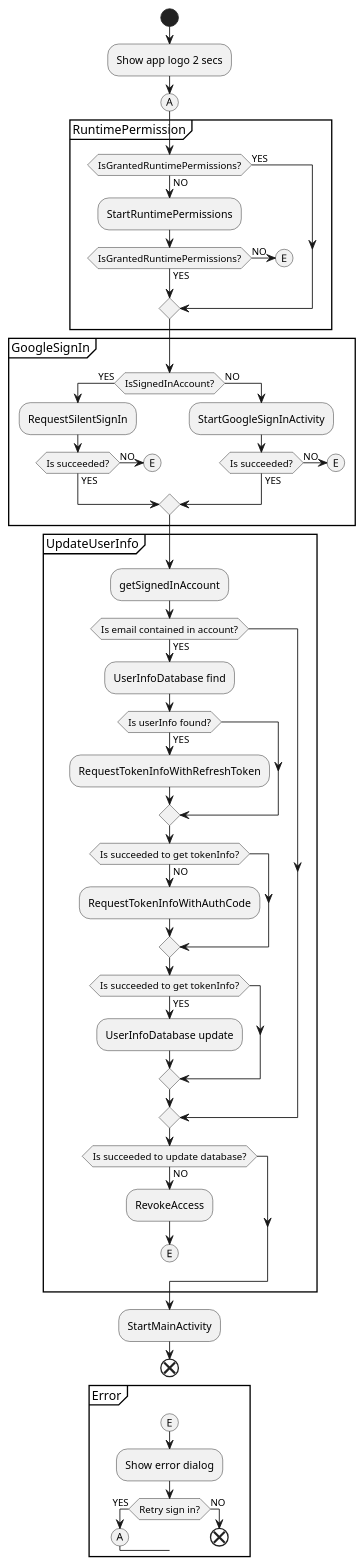
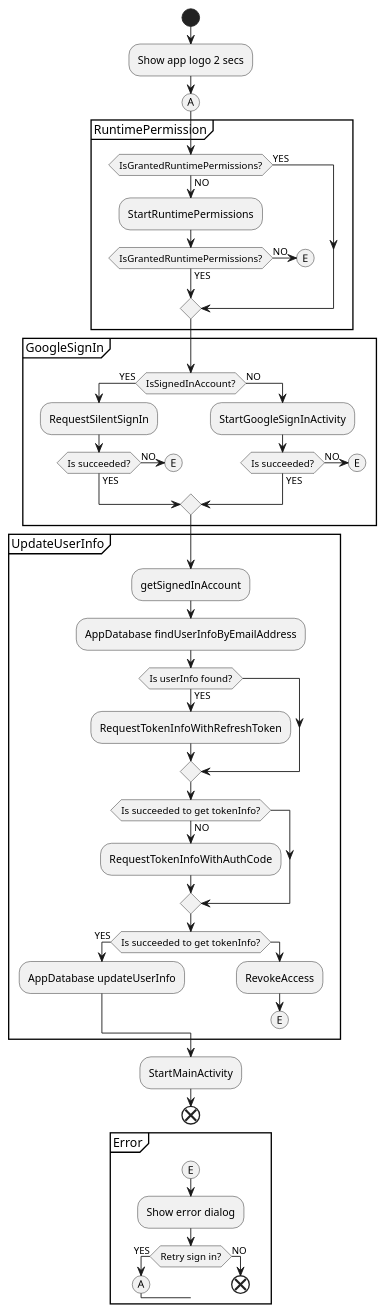
One commit to sallyluenoa/PhotoSlideShow changed the diagram in uml/splash/activity_diagram_splash.md. Above: the diagram before and after it, drawn with PlantUML. The commit also changed 3 other files, not shown here.

First line of the commit message:
Write UML for design #13

```diff
--- a/uml/splash/activity_diagram_splash.md
+++ b/uml/splash/activity_diagram_splash.md
@@ -1,79 +1,75 @@
 @startuml
 start
 :Show app logo 2 secs;
 
 (A)
 partition RuntimePermission {
   if (IsGrantedRuntimePermissions?) then (YES)
   else (NO)
     :StartRuntimePermissions;
 
     if (IsGrantedRuntimePermissions?) then (YES)
     else (NO)
       (E)
       detach
     endif
   endif
 }
 
 partition GoogleSignIn {
   if (IsSignedInAccount?) then (YES)
     :RequestSilentSignIn;
 
     if (Is succeeded?) then (YES)
     else (NO)
       (E)
       detach
     endif
 
   else (NO)
     :StartGoogleSignInActivity;
 
     if (Is succeeded?) then (YES)
     else (NO)
       (E)
       detach
     endif
 
   endif
 }
 
 partition UpdateUserInfo {
   :getSignedInAccount;
 
-  if (Is email contained in account?) then (YES)
-    :UserInfoDatabase find;
+  :AppDatabase findUserInfoByEmailAddress;
 
-    if (Is userInfo found?) then (YES)
-      :RequestTokenInfoWithRefreshToken;
-    endif
-
-    if (Is succeeded to get tokenInfo?) then (NO)
-      :RequestTokenInfoWithAuthCode;
-    endif
-
-    if (Is succeeded to get tokenInfo?) then (YES)
-      :UserInfoDatabase update;
-    endif
+  if (Is userInfo found?) then (YES)
+    :RequestTokenInfoWithRefreshToken;
   endif
 
-  if (Is succeeded to update database?) then (NO)
+  if (Is succeeded to get tokenInfo?) then (NO)
+    :RequestTokenInfoWithAuthCode;
+  endif
+
+  if (Is succeeded to get tokenInfo?) then (YES)
+    :AppDatabase updateUserInfo;
+  else 
     :RevokeAccess;
     (E)
     detach
   endif
 }
 
 :StartMainActivity;
 end
 
 partition Error {
   (E)
   :Show error dialog;
   if (Retry sign in?) then (YES)
     (A)
   else (NO)
     end
   endif
 }
 @enduml
```
